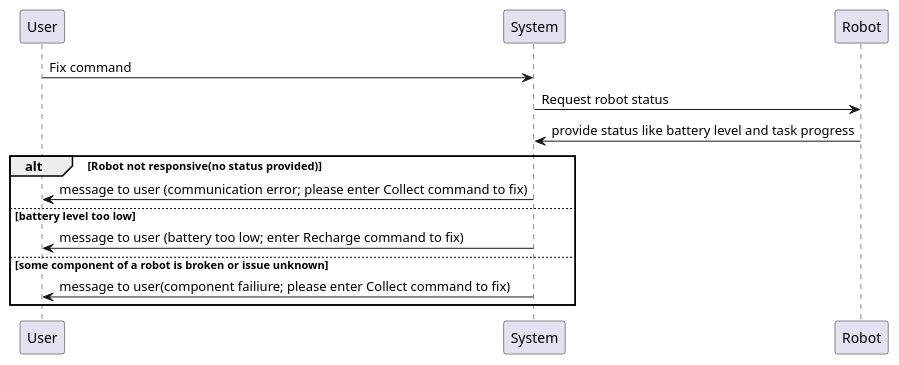
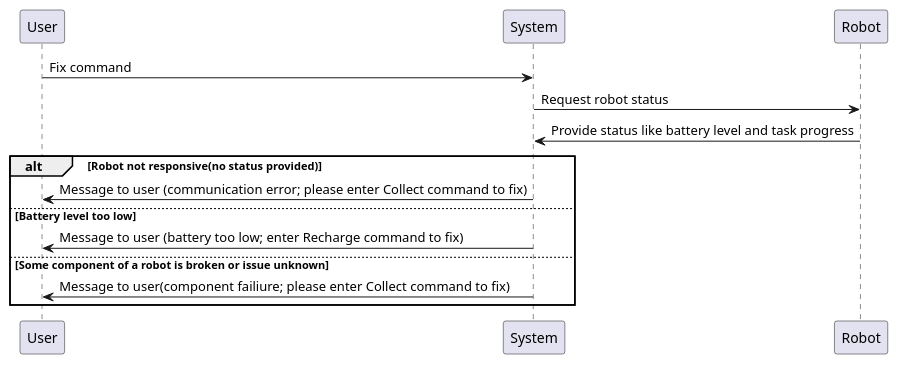
One commit to arisk02/robot-fleet-management-system changed the diagram in docs/design/sequence_diagrams/dignose_robot.puml. Above: the diagram before and after it, drawn with PlantUML. The commit also changed 2 other files, not shown here.

Commit message:
Made a sequence diagram for fix method(collect)

```diff
--- a/docs/design/sequence_diagrams/dignose_robot.puml
+++ b/docs/design/sequence_diagrams/dignose_robot.puml
@@ -1,13 +1,13 @@
 @startuml
 User -> System : Fix command
 System -> Robot : Request robot status
-Robot -> System : provide status like battery level and task progress
+Robot -> System : Provide status like battery level and task progress
 alt Robot not responsive(no status provided)
-    System -> User : message to user (communication error; please enter Collect command to fix)
-else battery level too low 
-    System -> User : message to user (battery too low; enter Recharge command to fix)
-else some component of a robot is broken or issue unknown
-    System -> User: message to user(component failiure; please enter Collect command to fix)
+    System -> User : Message to user (communication error; please enter Collect command to fix)
+else Battery level too low 
+    System -> User : Message to user (battery too low; enter Recharge command to fix)
+else Some component of a robot is broken or issue unknown
+    System -> User: Message to user(component failiure; please enter Collect command to fix)
 end
 
 @enduml
```
